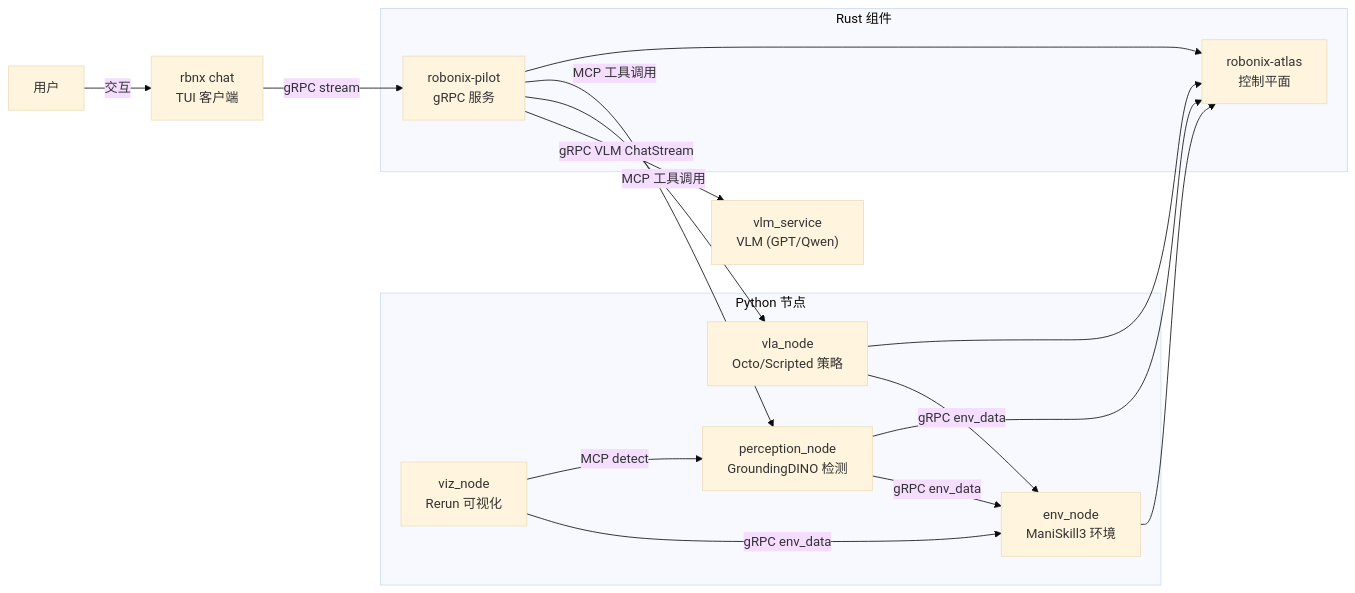
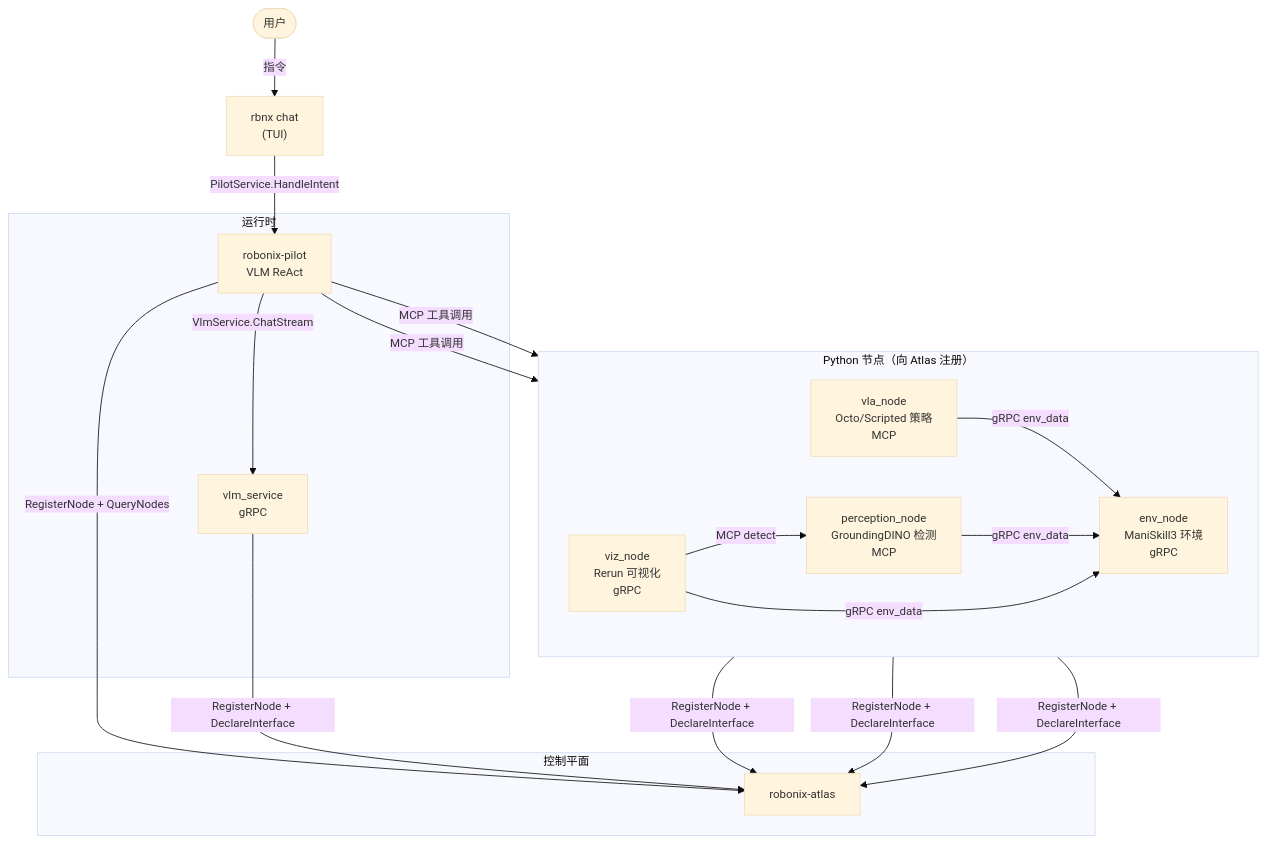
Before and after one commit to syswonder/robonix-book: the diagram in src/getting-started/maniskill-demo.md, drawn with Mermaid. The commit also changed 21 other files, not shown here.

First line of the commit message:
Update documentation for Robonix architecture and interface definitions

````diff
--- a/src/getting-started/maniskill-demo.md
+++ b/src/getting-started/maniskill-demo.md
@@ -9,33 +9,40 @@
 ```mermaid
-%%{init: {'theme': 'base', 'config': {'securityLevel': 'loose'}}}%%
-flowchart LR
-    subgraph nodes ["Python 节点"]
-        env["env_node<br>ManiSkill3 环境"]
-        perception["perception_node<br>GroundingDINO 检测"]
-        vla["vla_node<br>Octo/Scripted 策略"]
-        viz["viz_node<br>Rerun 可视化"]
+%%{init: {'theme': 'base', 'themeVariables': {'fontSize': '14px'}}}%%
+flowchart TB
+    user(["用户"])
+    tui["rbnx chat<br>(TUI)"]
+
+    subgraph ctrl ["控制平面"]
+        atlas["robonix-atlas"]
     end
 
-    subgraph rust ["Rust 组件"]
-        server["robonix-atlas<br>控制平面"]
-        agent["robonix-pilot<br>gRPC 服务"]
+    subgraph runtime ["运行时"]
+        agent["robonix-pilot<br>VLM ReAct"]
+        vlm["vlm_service<br>gRPC"]
     end
 
-    vlm["vlm_service<br>VLM (GPT/Qwen)"]
-    tui["rbnx chat<br>TUI 客户端"]
-    user["用户"]
+    subgraph nodes ["Python 节点（向 Atlas 注册）"]
+        direction LR
+        env["env_node<br>ManiSkill3 环境<br>gRPC"]
+        perception["perception_node<br>GroundingDINO 检测<br>MCP"]
+        vla["vla_node<br>Octo/Scripted 策略<br>MCP"]
+        viz["viz_node<br>Rerun 可视化<br>gRPC"]
+    end
 
-    user -->|"交互"| tui
-    tui -->|"gRPC stream"| agent
-    agent -->|"gRPC VLM ChatStream"| vlm
+    user -->|"指令"| tui
+    tui -->|"PilotService.HandleIntent"| agent
+    agent -->|"VlmService.ChatStream"| vlm
+
+    agent -->|"MCP 工具调用"| perception
     agent -->|"MCP 工具调用"| vla
-    agent -->|"MCP 工具调用"| perception
     vla -->|"gRPC env_data"| env
     perception -->|"gRPC env_data"| env
     viz -->|"gRPC env_data"| env
     viz -->|"MCP detect"| perception
-    env --> server
-    perception --> server
-    vla --> server
-    agent --> server
+
+    env -->|"RegisterNode + DeclareInterface"| atlas
+    perception -->|"RegisterNode + DeclareInterface"| atlas
+    vla -->|"RegisterNode + DeclareInterface"| atlas
+    agent -->|"RegisterNode + QueryNodes"| atlas
+    vlm -->|"RegisterNode + DeclareInterface"| atlas
 ```
````
